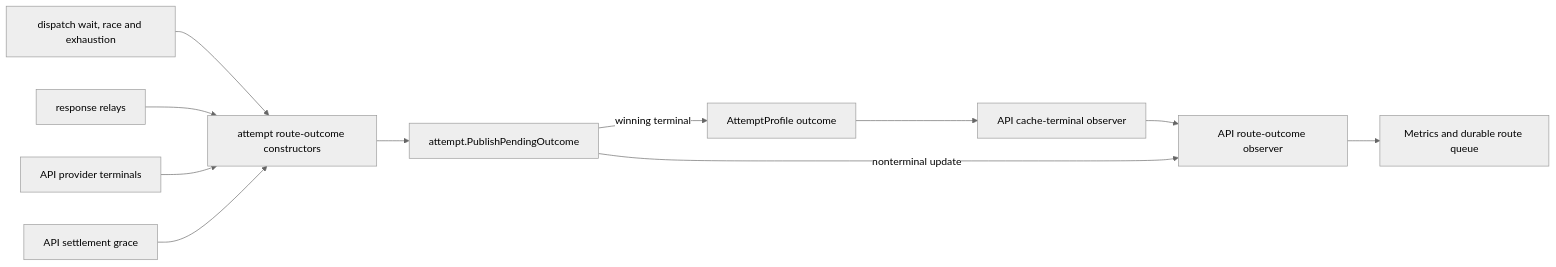
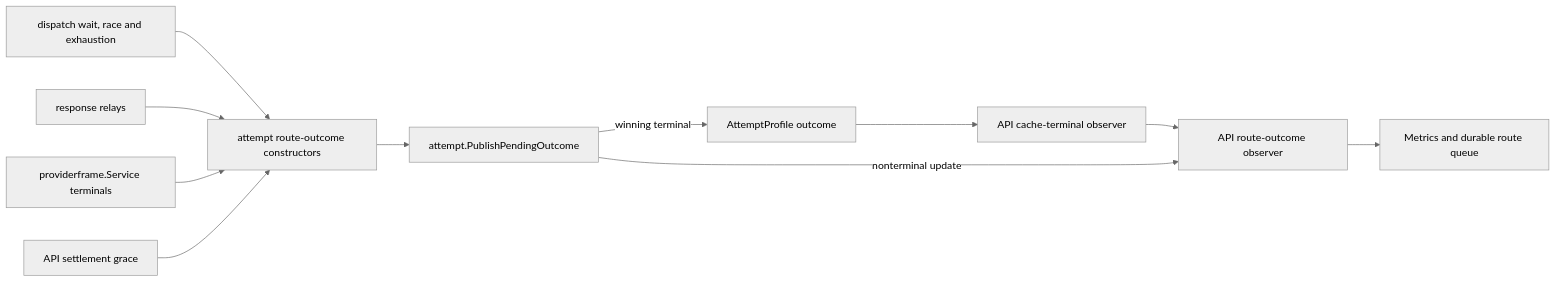
The diagram in docs/architecture/request-outcome-observability.md (Layr-Labs/d-inference), drawn with Mermaid (neutral theme) before and after one commit. The commit also changed other lines of this file and 21 other files, not shown here.

````diff
--- a/docs/architecture/request-outcome-observability.md
+++ b/docs/architecture/request-outcome-observability.md
@@ -37,13 +37,13 @@
 ```mermaid
 flowchart LR
   A[dispatch wait, race and exhaustion] --> F[attempt route-outcome constructors]
   B[response relays] --> F
-  C[API provider terminals] --> F
+  C[providerframe.Service terminals] --> F
   D[API settlement grace] --> F
   F --> G[attempt.PublishPendingOutcome]
   G -->|winning terminal| I[AttemptProfile outcome]
   I --> K[API cache-terminal observer]
   K --> H[API route-outcome observer]
   G -->|nonterminal update| H
   H --> J[Metrics and durable route queue]
 ```
````
